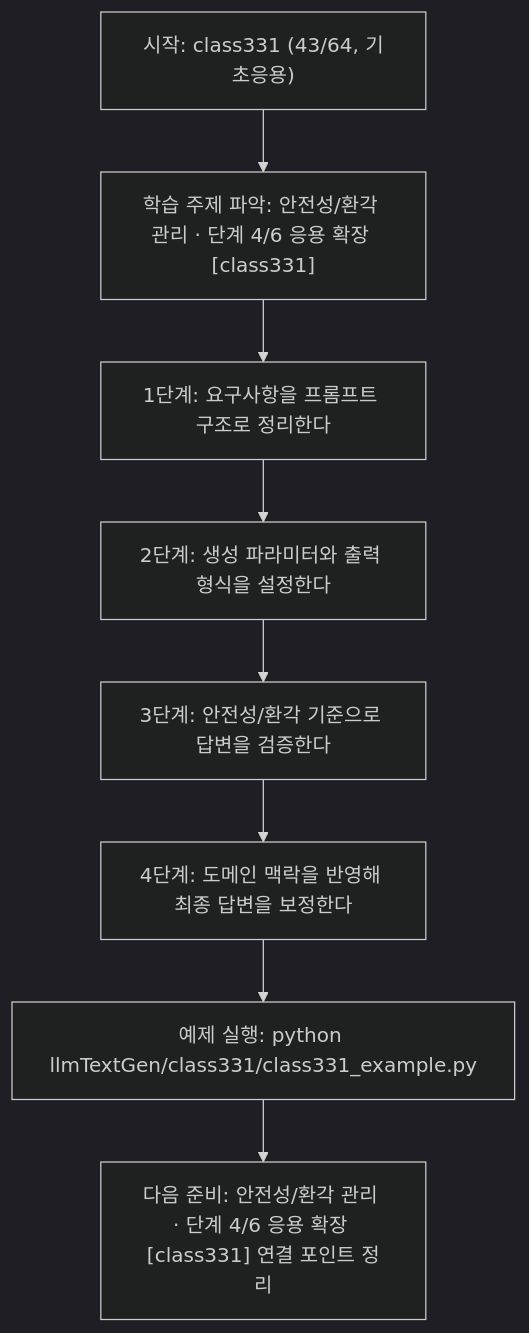
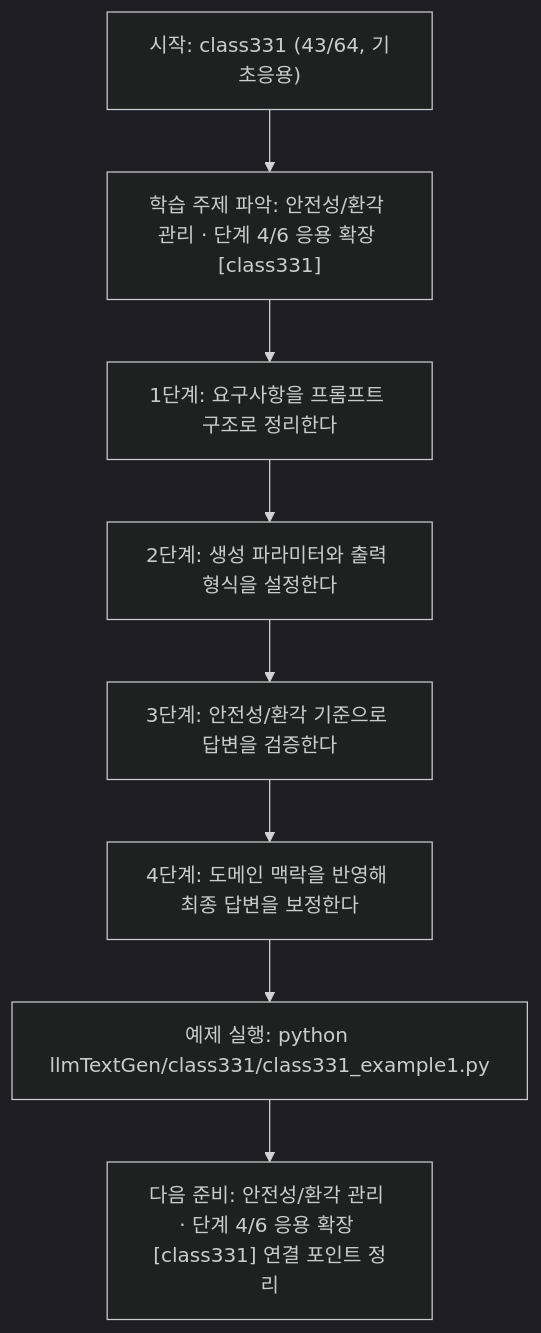
The diagram in llmTextGen/class331/class331.md (edumgt/Python-AI_Agent-Class), drawn with Mermaid (dark theme) before and after one commit. The commit also changed other lines of this file and 2959 other files, not shown here.

````diff
--- a/llmTextGen/class331/class331.md
+++ b/llmTextGen/class331/class331.md
@@ -114,18 +114,18 @@
 ```mermaid
 flowchart TD
 N1["시작: class331 (43/64, 기초응용)"]
 N2["학습 주제 파악: 안전성/환각 관리 · 단계 4/6 응용 확장 [class331]"]
 N3["1단계: 요구사항을 프롬프트 구조로 정리한다"]
 N4["2단계: 생성 파라미터와 출력 형식을 설정한다"]
 N5["3단계: 안전성/환각 기준으로 답변을 검증한다"]
 N6["4단계: 도메인 맥락을 반영해 최종 답변을 보정한다"]
-N7["예제 실행: python llmTextGen/class331/class331_example.py"]
+N7["예제 실행: python llmTextGen/class331/class331_example1.py"]
 N8["다음 준비: 안전성/환각 관리 · 단계 4/6 응용 확장 [class331] 연결 포인트 정리"]
 N1 --> N2
 N2 --> N3
 N3 --> N4
 N4 --> N5
 N5 --> N6
 N6 --> N7
 N7 --> N8
 ```
````
